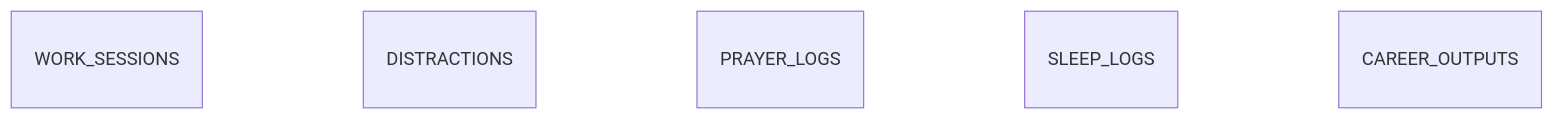
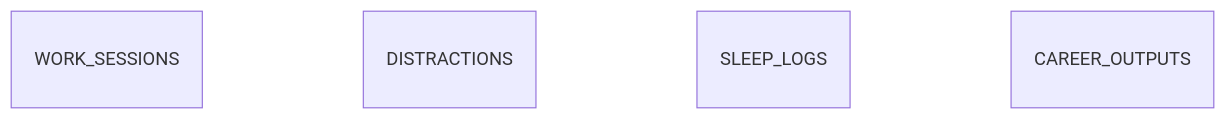
The diagram in backend/README.md (unais-08/Daylytics), drawn with Mermaid before and after one commit. The commit also changed other lines of this file and 54 other files, not shown here.

````diff
--- a/backend/README.md
+++ b/backend/README.md
@@ -99,8 +97,7 @@
 ```mermaid
 erDiagram
   WORK_SESSIONS
   DISTRACTIONS
-  PRAYER_LOGS
   SLEEP_LOGS
   CAREER_OUTPUTS
 ```
````
